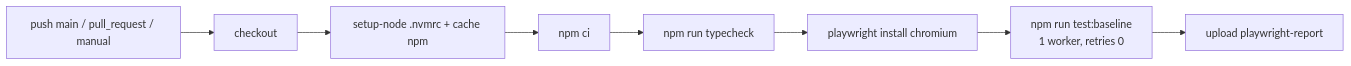
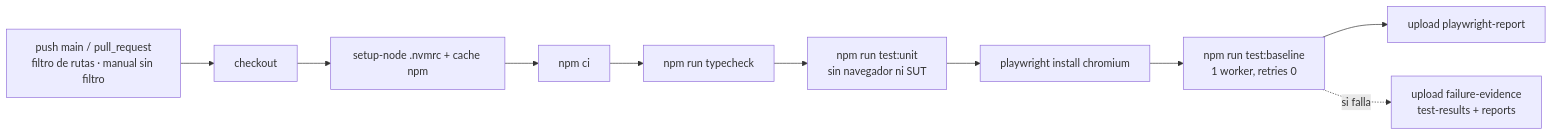
The second of 3 diagrams in docs/architecture/architecture.md (lisethportuguez/sqaf-playwright), drawn with Mermaid before and after one commit. The commit also changed other lines of this file and 11 other files, not shown here.

````diff
--- a/docs/architecture/architecture.md
+++ b/docs/architecture/architecture.md
@@ -56,10 +56,12 @@
 ```mermaid
 flowchart LR
-    A[push main / pull_request / manual] --> B[checkout]
+    A[push main / pull_request<br/>filtro de rutas · manual sin filtro] --> B[checkout]
     B --> C[setup-node .nvmrc + cache npm]
     C --> D[npm ci]
     D --> E[npm run typecheck]
-    E --> F[playwright install chromium]
+    E --> U[npm run test:unit<br/>sin navegador ni SUT]
+    U --> F[playwright install chromium]
     F --> G[npm run test:baseline<br/>1 worker, retries 0]
     G --> H[upload playwright-report]
+    G -. si falla .-> I[upload failure-evidence<br/>test-results + reports]
 ```
````
